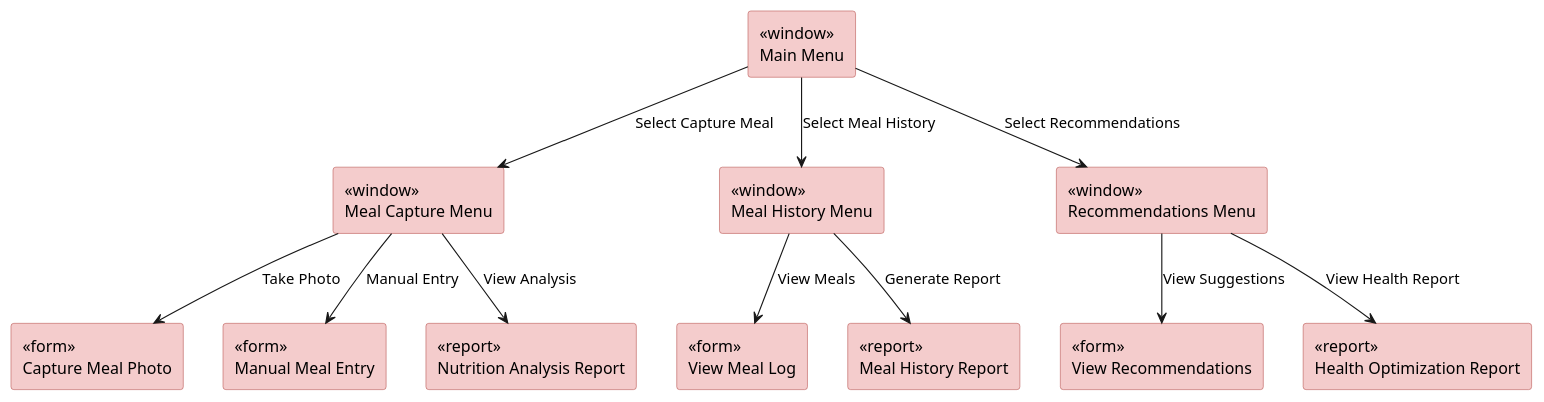
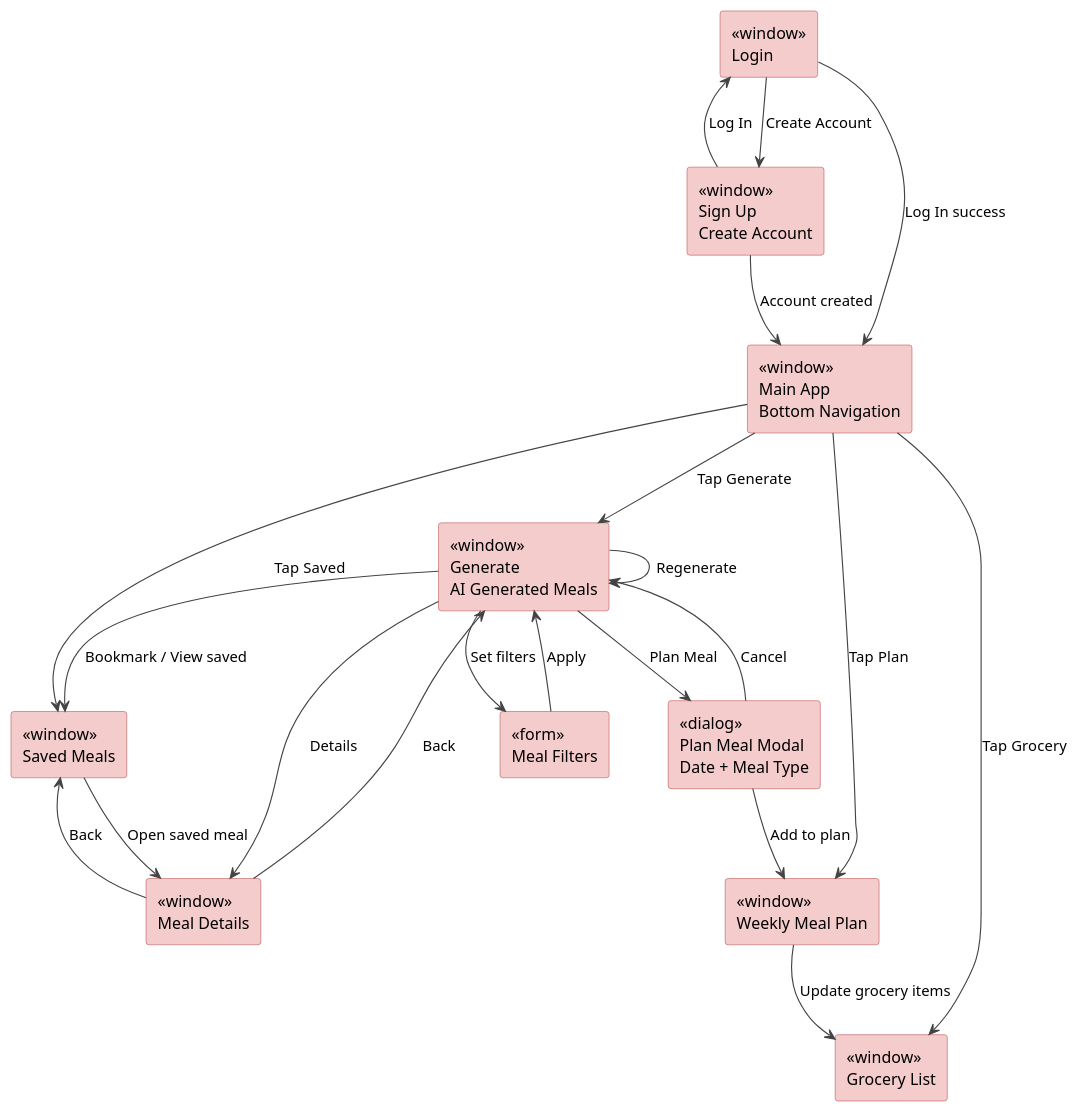
Before and after one commit to efuentesxvii/Meals.ai: the diagram in docs/window-nav/window-nav-diagram.puml, drawn with PlantUML. The commit also changed 9 other files, not shown here.

```diff
--- a/docs/window-nav/window-nav-diagram.puml
+++ b/docs/window-nav/window-nav-diagram.puml
@@ -1,38 +1,57 @@
 @startuml window-nav-diagram
 top to bottom direction
-skinparam rectangle {
-  BackgroundColor #F4CCCC
-  BorderColor #B85450
-}
+skinparam shadowing false
+skinparam defaultFontName Arial
 
-rectangle "<<window>>\nMain Menu" as MainMenu
 
-rectangle "<<window>>\nMeal Capture Menu" as MenuA
-rectangle "<<window>>\nMeal History Menu" as MenuB
-rectangle "<<window>>\nRecommendations Menu" as MenuC
+skinparam RectangleBackgroundColor #F4CCCC
+skinparam RectangleBorderColor #B85450
+skinparam ArrowColor #444444
 
-rectangle "<<form>>\nCapture Meal Photo" as FormPhoto
-rectangle "<<form>>\nManual Meal Entry" as FormManual
-rectangle "<<report>>\nNutrition Analysis Report" as ReportNutrition
 
-rectangle "<<form>>\nView Meal Log" as FormLog
-rectangle "<<report>>\nMeal History Report" as ReportHistory
+rectangle "<<window>>\nLogin" as Login
+rectangle "<<window>>\nSign Up\nCreate Account" as Signup
 
-rectangle "<<form>>\nView Recommendations" as FormRecs
-rectangle "<<report>>\nHealth Optimization Report" as ReportHealth
+Login --> Signup : Create Account
+Signup --> Login : Log In
 
-MainMenu --> MenuA : Select Capture Meal
-MainMenu --> MenuB : Select Meal History
-MainMenu --> MenuC : Select Recommendations
 
-MenuA --> FormPhoto : Take Photo
-MenuA --> FormManual : Manual Entry
-MenuA --> ReportNutrition : View Analysis
+rectangle "<<window>>\nMain App\nBottom Navigation" as MainApp
 
-MenuB --> FormLog : View Meals
-MenuB --> ReportHistory : Generate Report
+Login --> MainApp : Log In success
+Signup --> MainApp : Account created
 
-MenuC --> FormRecs : View Suggestions
-MenuC --> ReportHealth : View Health Report
+rectangle "<<window>>\nGenerate\nAI Generated Meals" as Generate
+rectangle "<<window>>\nWeekly Meal Plan" as Plan
+rectangle "<<window>>\nSaved Meals" as Saved
+rectangle "<<window>>\nGrocery List" as Grocery
+
+MainApp --> Generate : Tap Generate
+MainApp --> Plan : Tap Plan
+MainApp --> Saved : Tap Saved
+MainApp --> Grocery : Tap Grocery
+
+
+rectangle "<<form>>\nMeal Filters" as Filters
+rectangle "<<window>>\nMeal Details" as Details
+rectangle "<<dialog>>\nPlan Meal Modal\nDate + Meal Type" as PlanModal
+
+Generate --> Filters : Set filters
+Filters --> Generate : Apply
+
+Generate --> Generate : Regenerate
+Generate --> Details : Details
+Details --> Generate : Back
+
+Generate --> PlanModal : Plan Meal
+PlanModal --> Plan : Add to plan
+PlanModal --> Generate : Cancel
+
+Generate --> Saved : Bookmark / View saved
+
+
+Plan --> Grocery : Update grocery items
+Saved --> Details : Open saved meal
+Details --> Saved : Back
 
 @enduml
```
